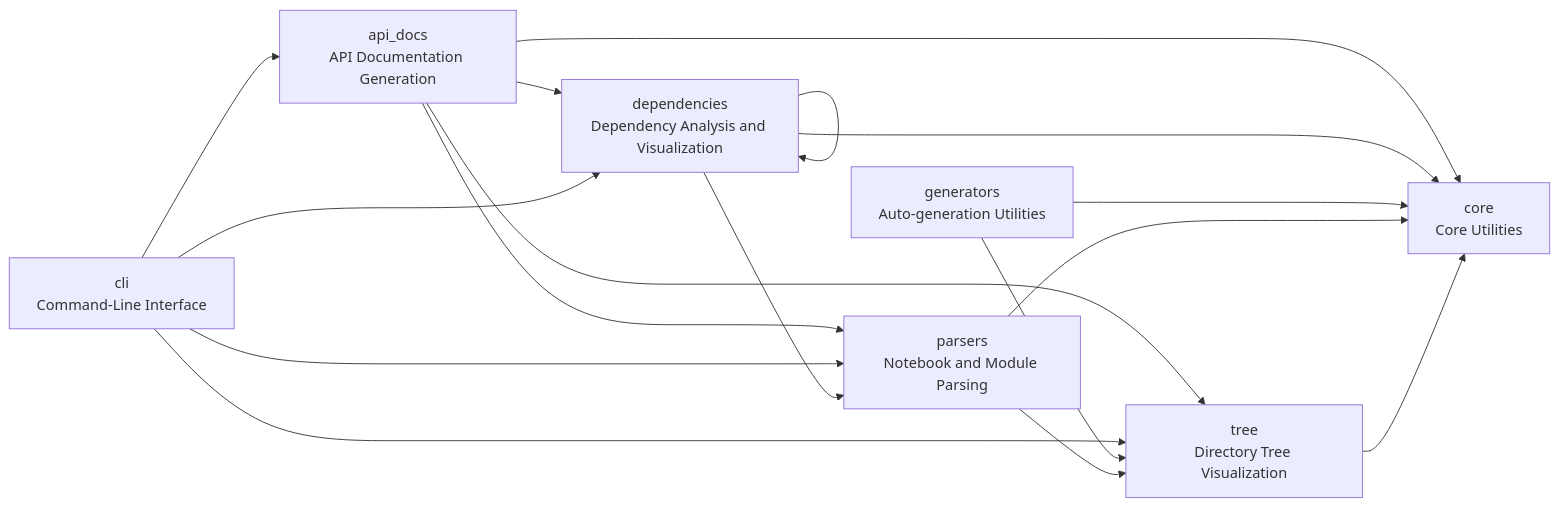
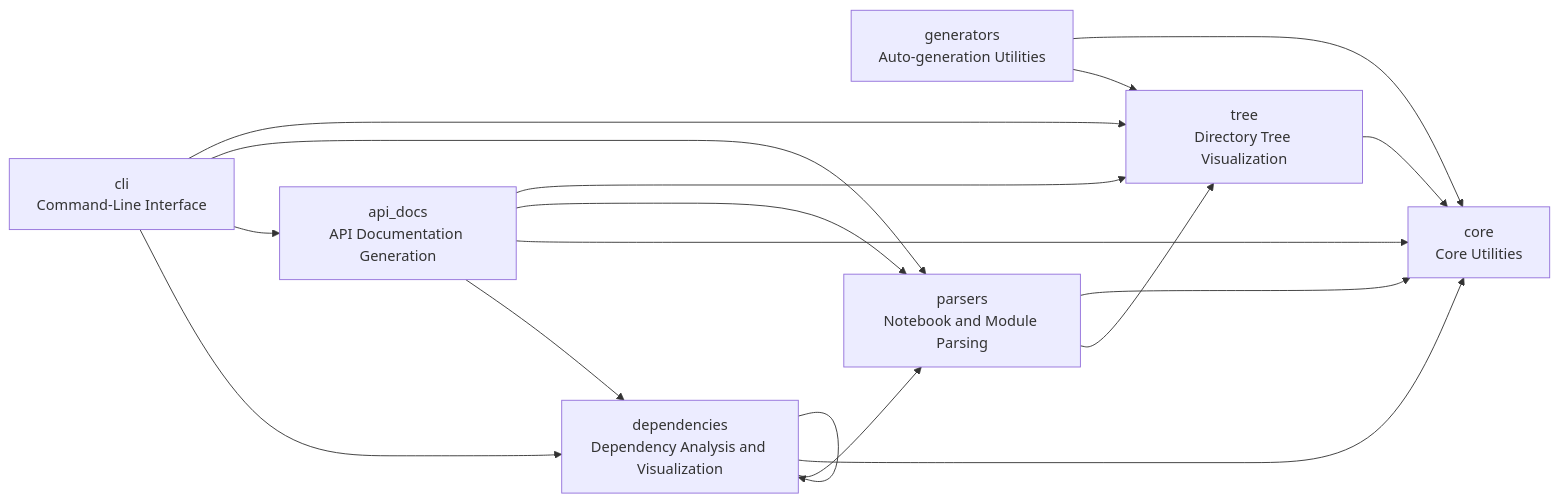
Before and after one commit to cj-mills/cjm-nbdev-overview: the diagram in README.md, drawn with Mermaid. The commit also changed other lines of this file and 1 other file, not shown here.

Commit message:
Regenerate index + README via update-comprehensive (CLI Reference now populated)

````diff
--- a/README.md
+++ b/README.md
@@ -50,27 +50,27 @@
 ``` mermaid
 graph LR
     api_docs["api_docs<br/>API Documentation Generation"]
     cli["cli<br/>Command-Line Interface"]
     core["core<br/>Core Utilities"]
     dependencies["dependencies<br/>Dependency Analysis and Visualization"]
     generators["generators<br/>Auto-generation Utilities"]
     parsers["parsers<br/>Notebook and Module Parsing"]
     tree["tree<br/>Directory Tree Visualization"]
 
+    api_docs --> dependencies
+    api_docs --> core
+    api_docs --> parsers
     api_docs --> tree
-    api_docs --> core
-    api_docs --> dependencies
-    api_docs --> parsers
     cli --> dependencies
+    cli --> api_docs
     cli --> parsers
     cli --> tree
-    cli --> api_docs
-    dependencies --> dependencies
     dependencies --> parsers
     dependencies --> core
+    dependencies --> dependencies
+    generators --> tree
     generators --> core
-    generators --> tree
     parsers --> tree
     parsers --> core
     tree --> core
 ```
````
